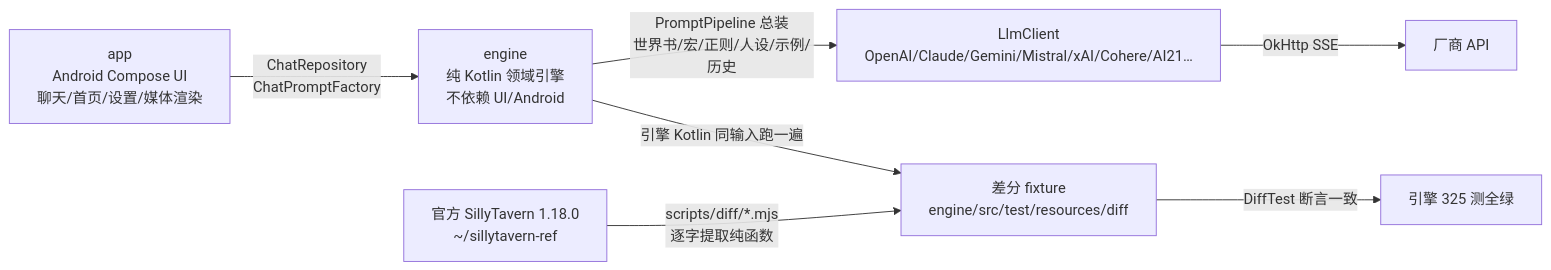
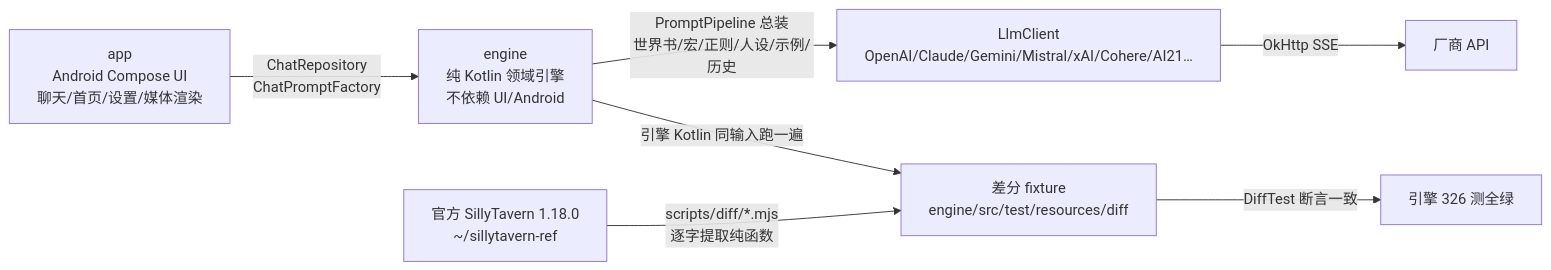
The diagram in docs/HANDOFF.md (heikeyangle-code/ember-inn), drawn with Mermaid before and after one commit. The commit also changed other lines of this file and 8 other files, not shown here.

````diff
--- a/docs/HANDOFF.md
+++ b/docs/HANDOFF.md
@@ -7,9 +7,9 @@
 ```mermaid
 flowchart LR
  A[app<br/>Android Compose UI<br/>聊天/首页/设置/媒体渲染] -->|ChatRepository<br/>ChatPromptFactory| B[engine<br/>纯 Kotlin 领域引擎<br/>不依赖 UI/Android]
  B -->|PromptPipeline 总装<br/>世界书/宏/正则/人设/示例/历史| C[LlmClient<br/>OpenAI/Claude/Gemini/Mistral/xAI/Cohere/AI21…]
  C -->|OkHttp SSE| D[厂商 API]
  E[官方 SillyTavern 1.18.0<br/>~/sillytavern-ref] -->|scripts/diff/*.mjs<br/>逐字提取纯函数| F[差分 fixture<br/>engine/src/test/resources/diff]
  B -->|引擎 Kotlin 同输入跑一遍| F
- F -->|DiffTest 断言一致| G[引擎 325 测全绿]
+ F -->|DiffTest 断言一致| G[引擎 326 测全绿]
 ```
````
